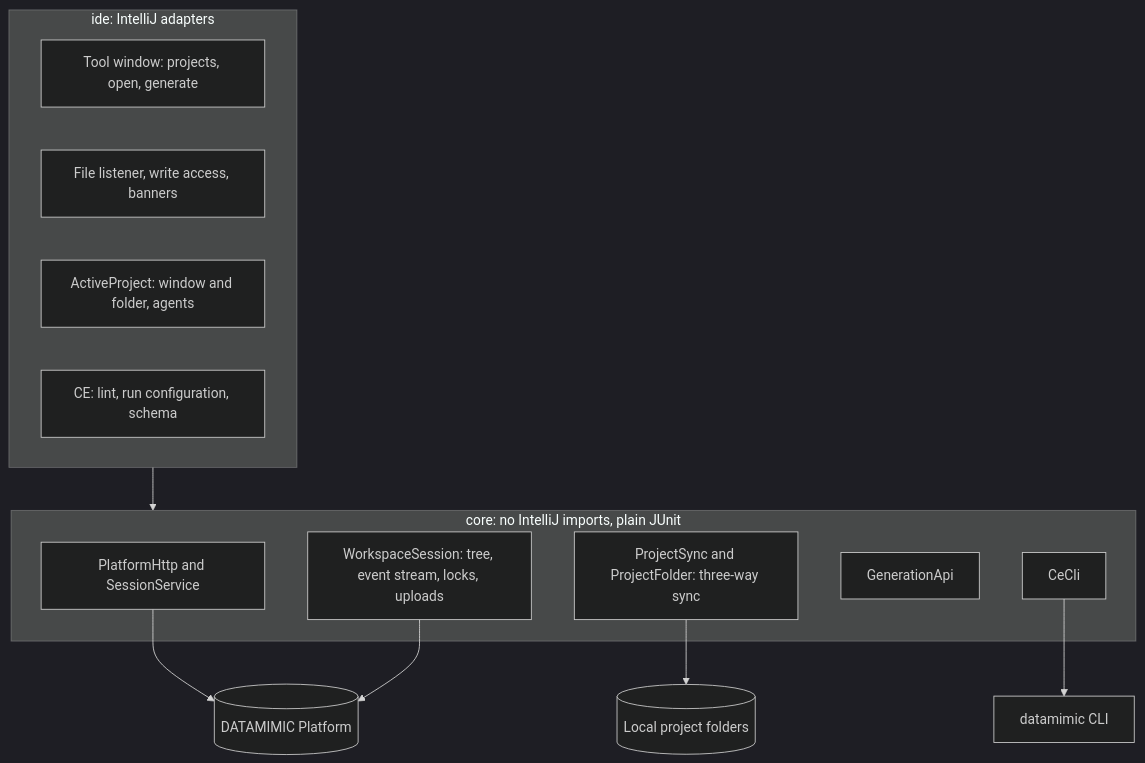
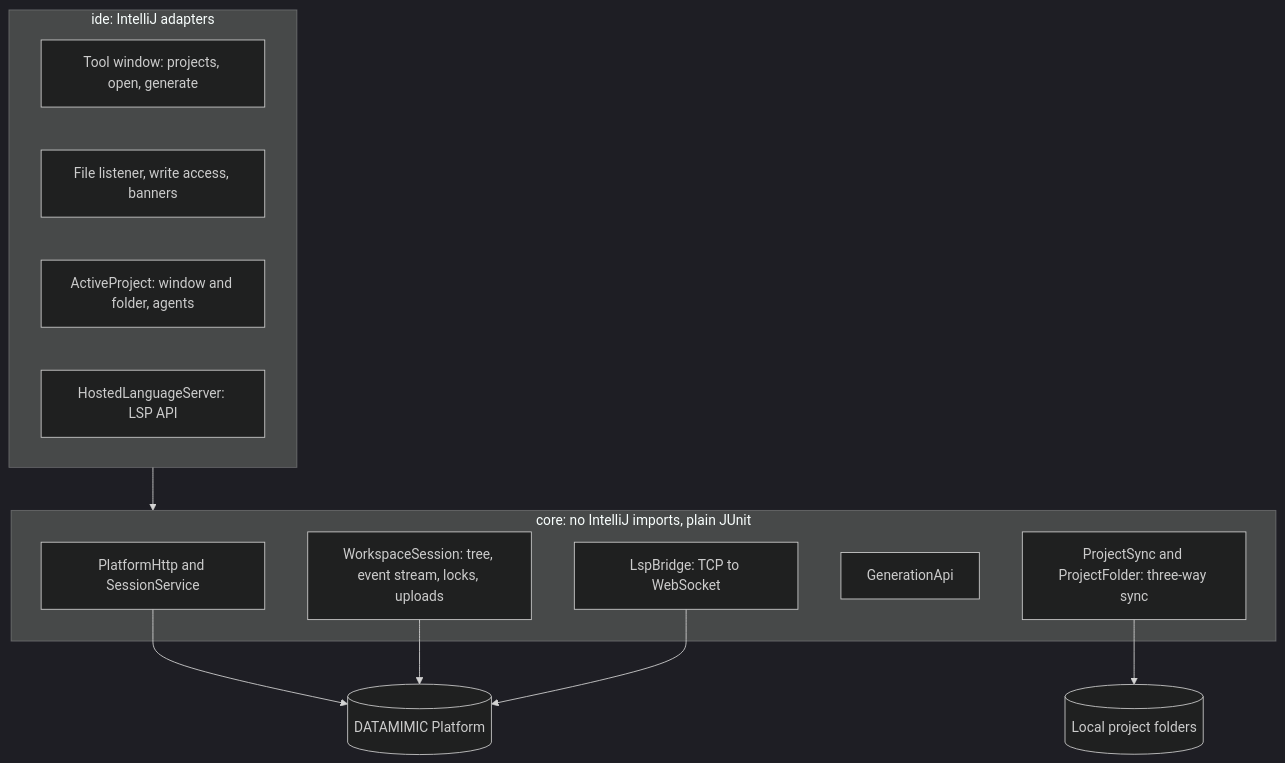
The diagram in README.md (rapiddweller/datamimic-jetbrains), drawn with Mermaid (dark theme) before and after one commit. The commit also changed other lines of this file and 40 other files, not shown here.

First line of the commit message:
Connect the platform language server; drop local CE for now

````diff
--- a/README.md
+++ b/README.md
@@ -41,21 +35,21 @@
 ```mermaid
 flowchart TB
   subgraph ide["ide: IntelliJ adapters"]
     TW["Tool window: projects, open, generate"]
     FL["File listener, write access, banners"]
     AP["ActiveProject: window and folder, agents"]
-    LOC["CE: lint, run configuration, schema"]
+    LSP["HostedLanguageServer: LSP API"]
   end
   subgraph core["core: no IntelliJ imports, plain JUnit"]
     HTTP["PlatformHttp and SessionService"]
     WS["WorkspaceSession: tree, event stream, locks, uploads"]
     SY["ProjectSync and ProjectFolder: three-way sync"]
     GEN[GenerationApi]
-    CE[CeCli]
+    BR["LspBridge: TCP to WebSocket"]
   end
   ide --> core
   HTTP --> P[("DATAMIMIC Platform")]
   WS --> P
   SY --> D[("Local project folders")]
-  CE --> C["datamimic CLI"]
+  BR --> P
 ```
````
